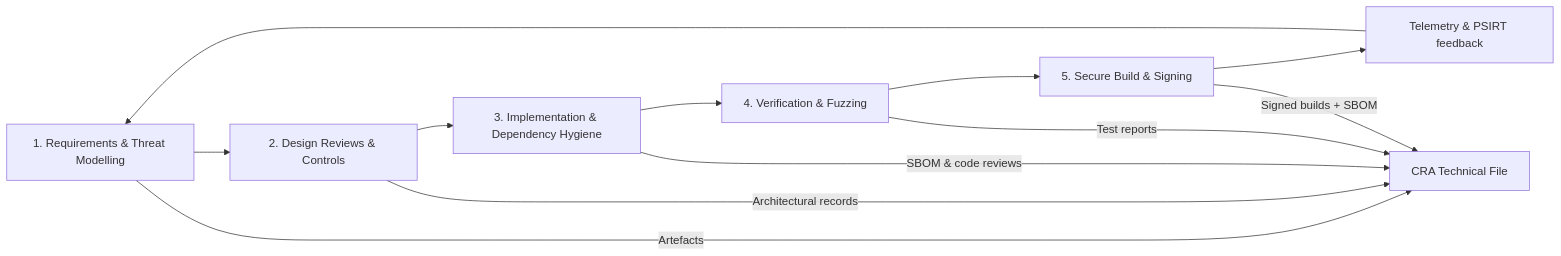
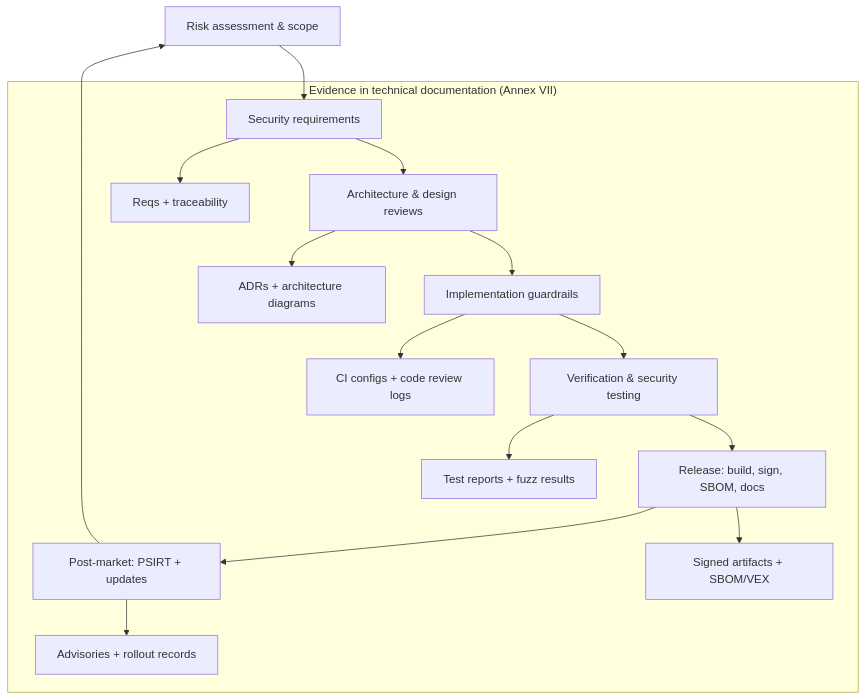
One commit to Ac6Embedded/apollo-docs changed the first of 9 diagrams in docs/security/cra/secure-development-lifecycle.md. Above: the diagram before and after it, drawn with Mermaid. The commit also changed other lines of this file and 140 other files, not shown here.

Commit message:
Prune unused sections and locales; focus navigation on CRA Refine CRA content formatting: diagrams, footnotes, references Update Docusaurus config and dependencies

````diff
--- a/docs/security/cra/secure-development-lifecycle.md
+++ b/docs/security/cra/secure-development-lifecycle.md
@@ -13,14 +30,19 @@
 ```mermaid
-flowchart LR
-    Req[1. Requirements & Threat Modelling] --> Design[2. Design Reviews & Controls]
-    Design --> Impl[3. Implementation & Dependency Hygiene]
-    Impl --> Verify[4. Verification & Fuzzing]
-    Verify --> Release[5. Secure Build & Signing]
-    Release --> Feedback[Telemetry & PSIRT feedback]
-    Feedback --> Req
-    Req -->|Artefacts| TF[CRA Technical File]
-    Design -->|Architectural records| TF
-    Impl -->|SBOM & code reviews| TF
-    Verify -->|Test reports| TF
-    Release -->|Signed builds + SBOM| TF
+flowchart TD
+  A[Risk assessment & scope] --> B[Security requirements]
+  B --> C[Architecture & design reviews]
+  C --> D[Implementation guardrails]
+  D --> E[Verification & security testing]
+  E --> F[Release: build, sign, SBOM, docs]
+  F --> G[Post-market: PSIRT + updates]
+  G --> A
+
+  subgraph Evidence["Evidence in technical documentation (Annex VII)"]
+    B --> T1[Reqs + traceability]
+    C --> T2[ADRs + architecture diagrams]
+    D --> T3[CI configs + code review logs]
+    E --> T4[Test reports + fuzz results]
+    F --> T5[Signed artifacts + SBOM/VEX]
+    G --> T6[Advisories + rollout records]
+  end
 ```
````
